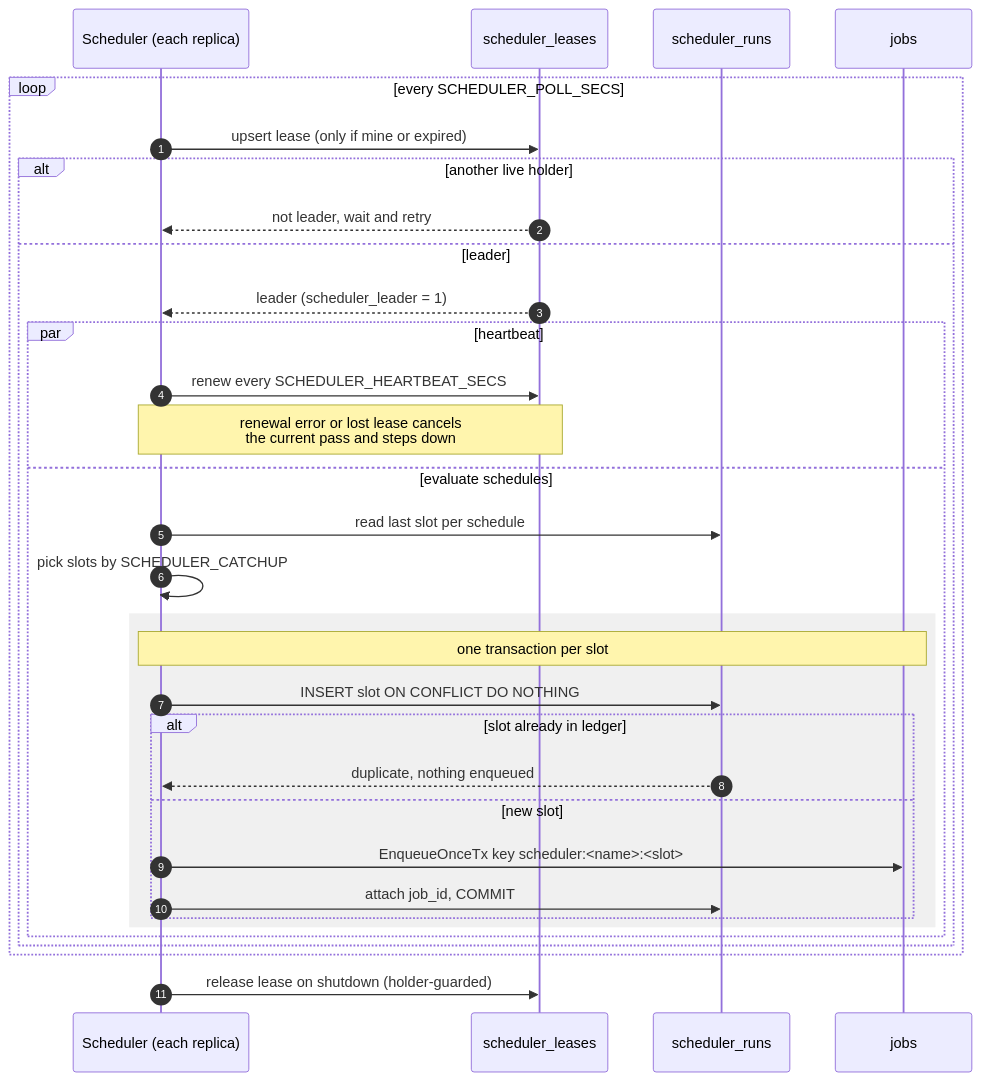
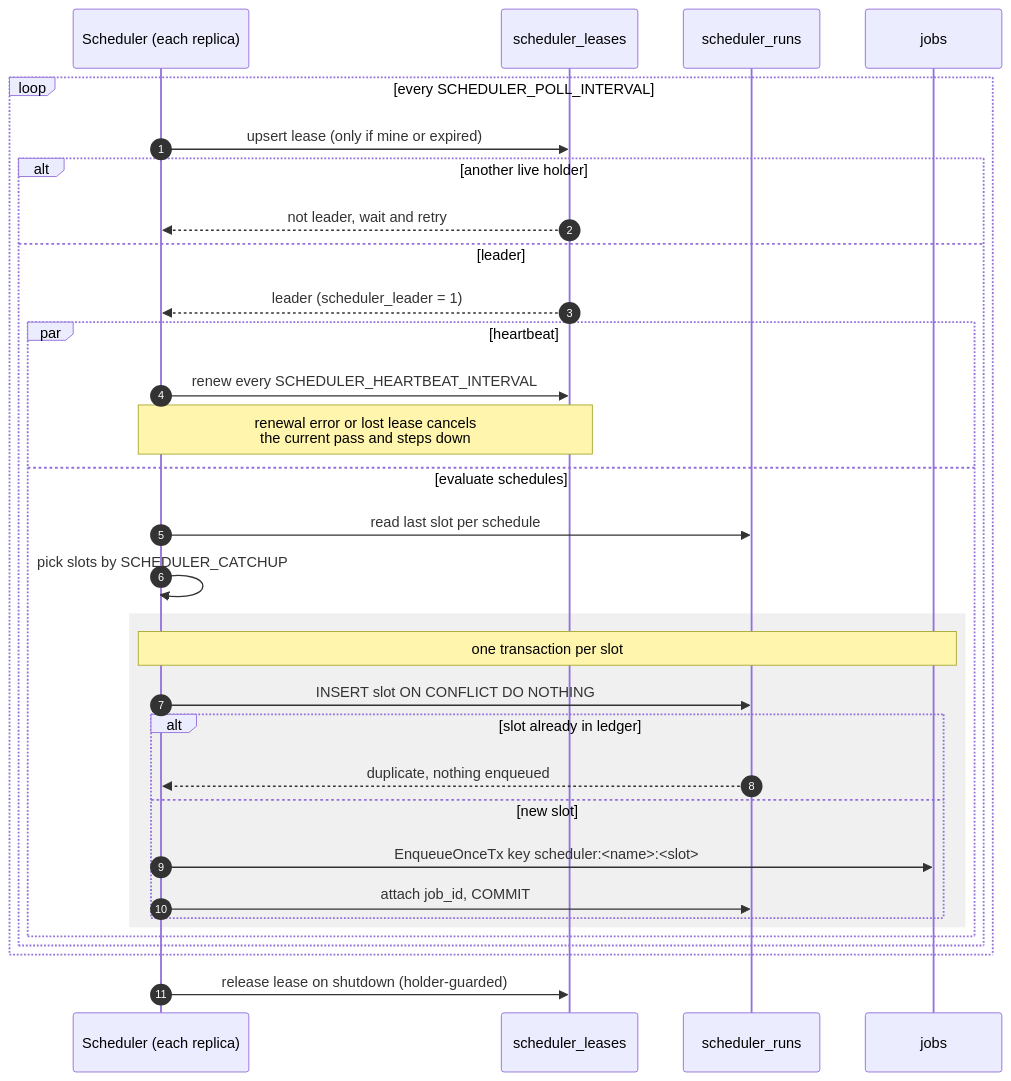
The fifth of 9 diagrams in docs/operations.md (chuanghiduoc/fiber-golang-boilerplate), drawn with Mermaid before and after one commit. The commit also changed other lines of this file and 911 other files, not shown here.

````diff
--- a/docs/operations.md
+++ b/docs/operations.md
@@ -799,34 +843,34 @@
 ```mermaid
 sequenceDiagram
     autonumber
     participant S as Scheduler (each replica)
     participant L as scheduler_leases
     participant R as scheduler_runs
     participant J as jobs
-    loop every SCHEDULER_POLL_SECS
+    loop every SCHEDULER_POLL_INTERVAL
         S->>L: upsert lease (only if mine or expired)
         alt another live holder
             L-->>S: not leader, wait and retry
         else leader
             L-->>S: leader (scheduler_leader = 1)
             par heartbeat
-                S->>L: renew every SCHEDULER_HEARTBEAT_SECS
+                S->>L: renew every SCHEDULER_HEARTBEAT_INTERVAL
                 Note over S,L: renewal error or lost lease cancels<br/>the current pass and steps down
             and evaluate schedules
                 S->>R: read last slot per schedule
                 S->>S: pick slots by SCHEDULER_CATCHUP
                 rect rgba(128,128,128,0.12)
                     Note over S,J: one transaction per slot
                     S->>R: INSERT slot ON CONFLICT DO NOTHING
                     alt slot already in ledger
                         R-->>S: duplicate, nothing enqueued
                     else new slot
                         S->>J: EnqueueOnceTx key scheduler:<name>:<slot>
                         S->>R: attach job_id, COMMIT
                     end
                 end
             end
         end
     end
     S->>L: release lease on shutdown (holder-guarded)
 ```
````
